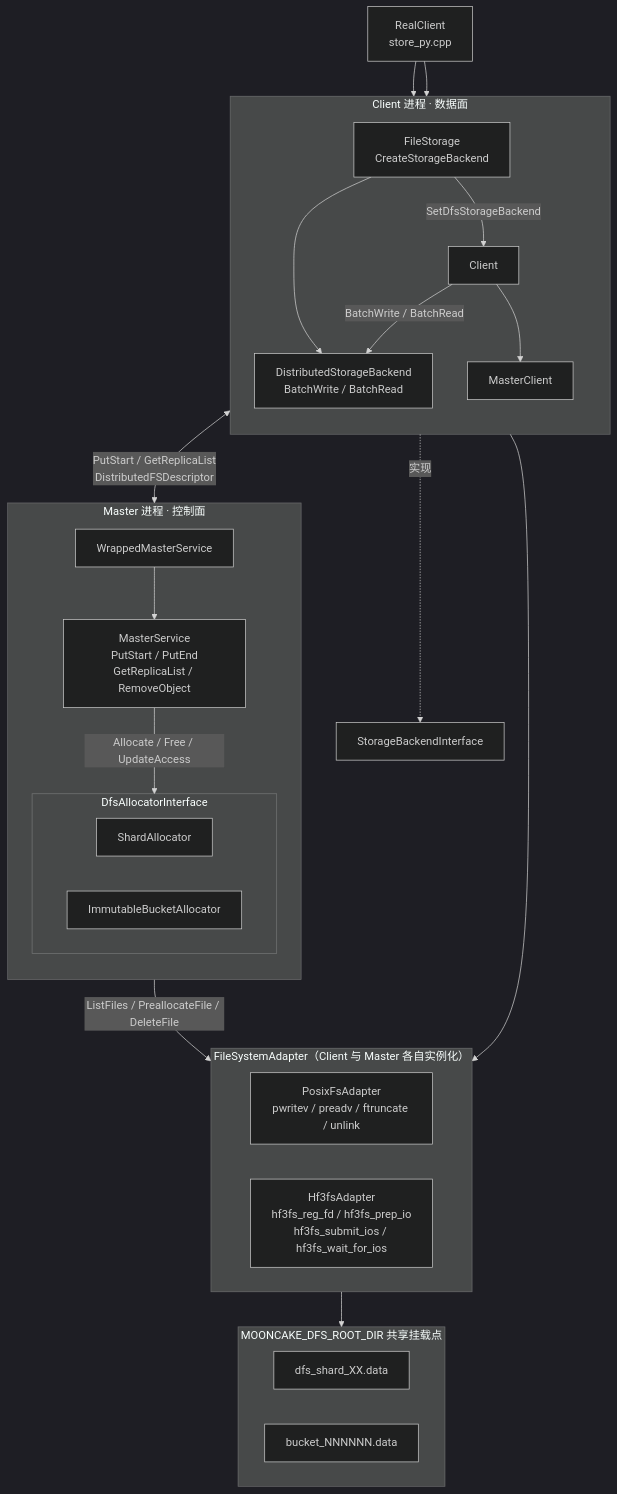
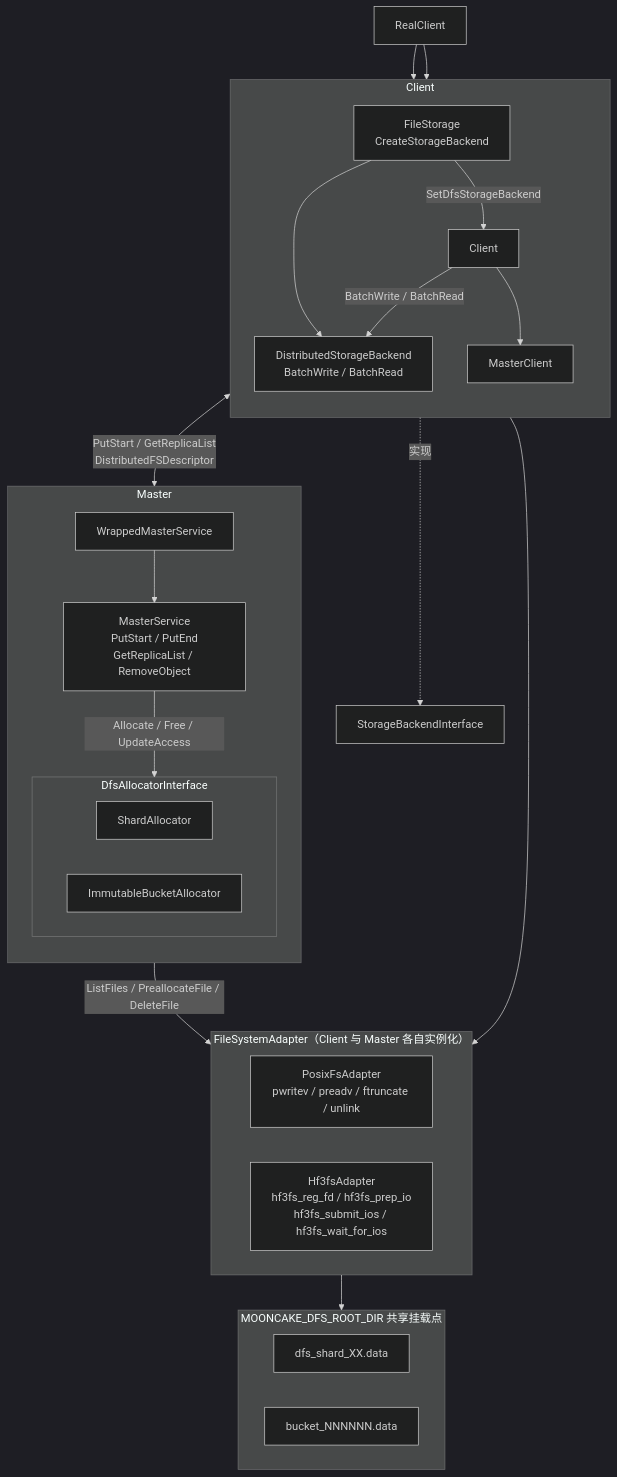
Before and after one commit to zwj20000328-dotcom/Mooncake-documents: the diagram in dfs-in-system-position.md, drawn with Mermaid (dark theme).

Commit message:
modified:   dfs-in-system-position.md

````diff
--- a/dfs-in-system-position.md
+++ b/dfs-in-system-position.md
@@ -1,53 +1,53 @@
 ```mermaid
 flowchart TB
-    CALLER["RealClient<br/>store_py.cpp"]
+    CALLER["RealClient"]
 
-    subgraph CLIENT["Client 进程 · 数据面"]
+    subgraph CLIENT["Client"]
         direction TB
         FST["FileStorage<br/>CreateStorageBackend"]
         CL["Client"]
         MC["MasterClient"]
         DSB["DistributedStorageBackend<br/>BatchWrite / BatchRead"]
         FST --> DSB
         FST -->|SetDfsStorageBackend| CL
         CL -->|BatchWrite / BatchRead| DSB
         CL --> MC
     end
 
-    subgraph MASTER["Master 进程 · 控制面"]
+    subgraph MASTER["Master"]
         direction TB
         WMS["WrappedMasterService"]
         MS["MasterService<br/>PutStart / PutEnd<br/>GetReplicaList / RemoveObject"]
         subgraph DAI["DfsAllocatorInterface"]
             direction LR
             SA["ShardAllocator"]
             BA["ImmutableBucketAllocator"]
         end
         WMS --> MS
         MS -->|Allocate / Free / UpdateAccess| DAI
     end
 
     SBI["StorageBackendInterface"]
 
     subgraph FSA["FileSystemAdapter（Client 与 Master 各自实例化）"]
         direction LR
         PFA["PosixFsAdapter<br/>pwritev / preadv / ftruncate / unlink"]
         HFA["Hf3fsAdapter<br/>hf3fs_reg_fd / hf3fs_prep_io<br/>hf3fs_submit_ios / hf3fs_wait_for_ios"]
     end
 
     subgraph MOUNT["MOONCAKE_DFS_ROOT_DIR 共享挂载点"]
         direction LR
         SHARD["dfs_shard_XX.data"]
         BUCKET["bucket_NNNNNN.data"]
     end
 
     CALLER --> FST
     CALLER --> CL
 
     MC <-->|PutStart / GetReplicaList<br/>DistributedFSDescriptor| WMS
 
     DSB --> FSA
     DAI -->|ListFiles / PreallocateFile / DeleteFile| FSA
     DSB -.->|实现| SBI
     FSA --> MOUNT
 ```
````
